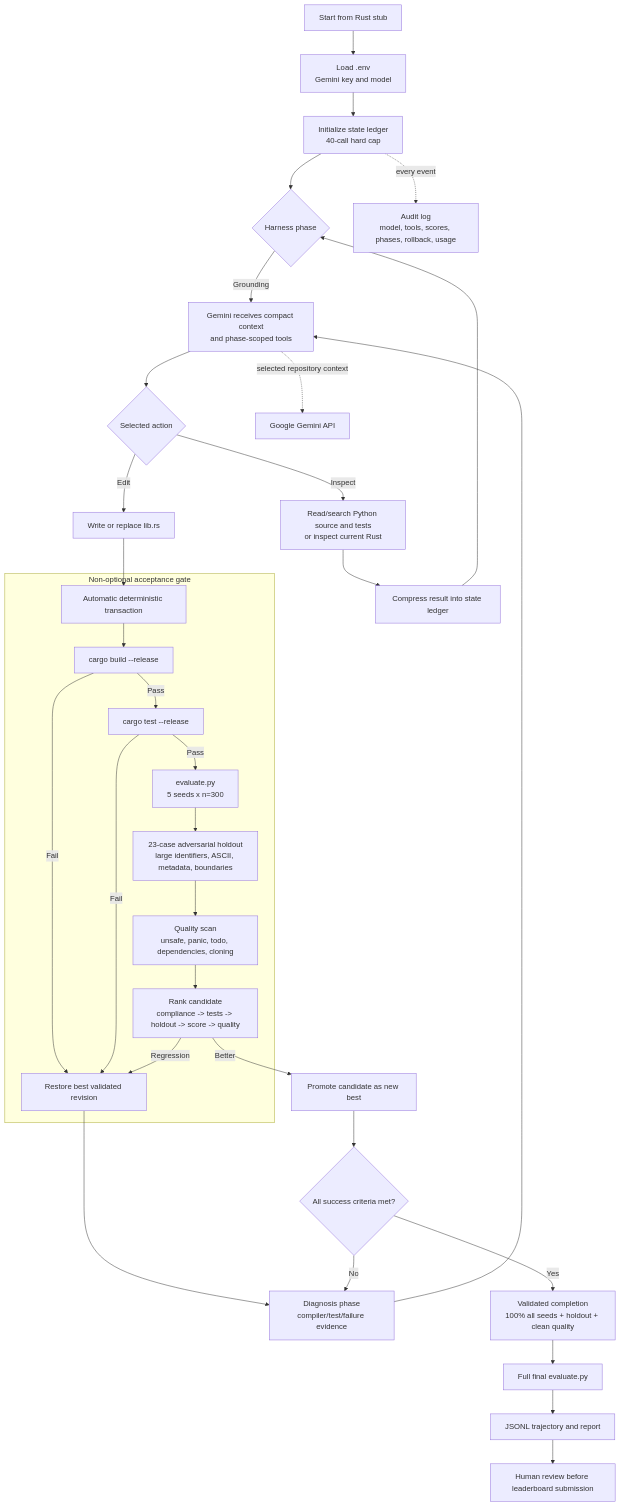
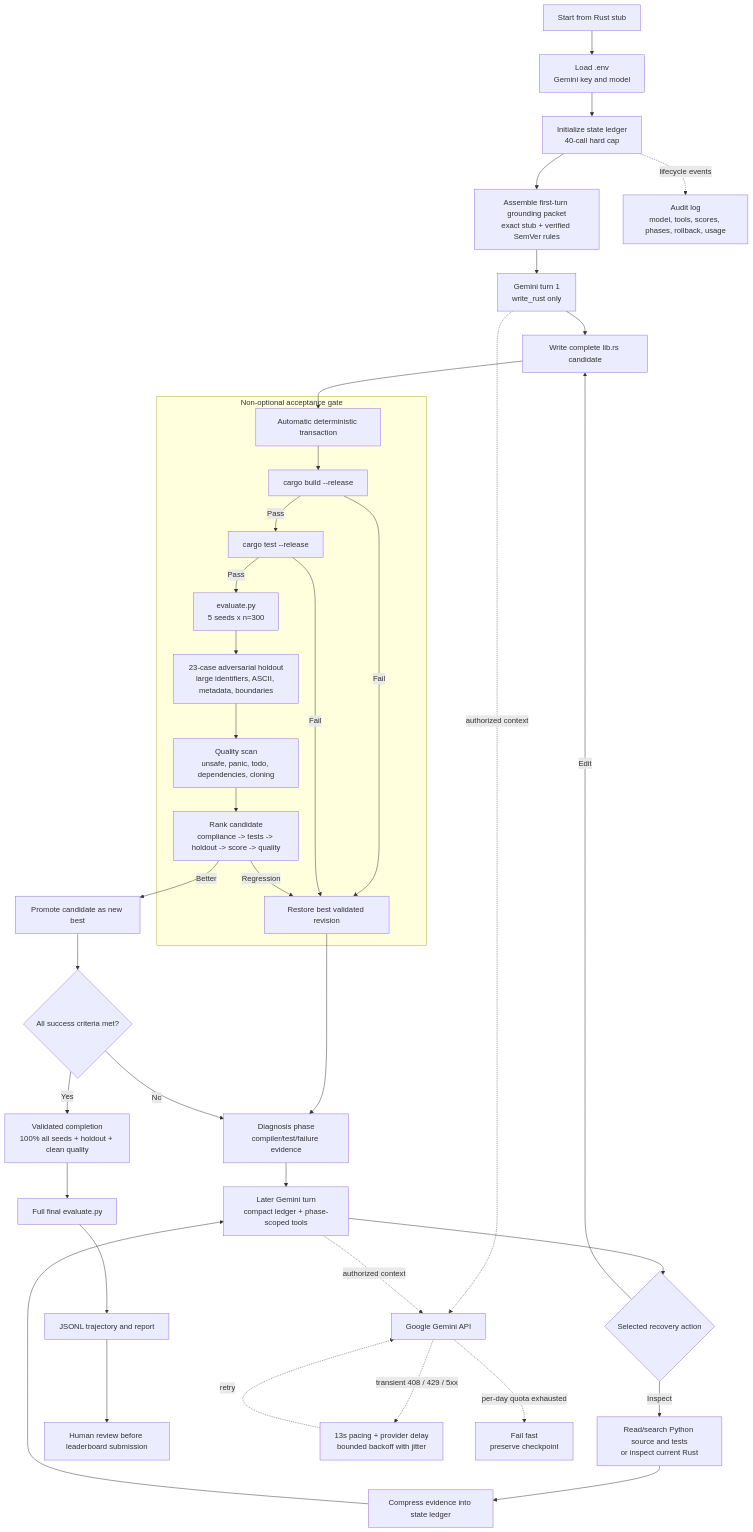
One commit to JamesTu-jtjt/agents-activity-6158 changed the diagram in ARCHITECTURE.md. Above: the diagram before and after it, drawn with Mermaid. The commit also changed other lines of this file and 2 other files, not shown here.

Commit message:
Document experiment comparison and pipeline

````diff
--- a/ARCHITECTURE.md
+++ b/ARCHITECTURE.md
@@ -16,44 +18,47 @@
 ```mermaid
 flowchart TD
     A["Start from Rust stub"] --> B["Load .env<br/>Gemini key and model"]
     B --> C["Initialize state ledger<br/>40-call hard cap"]
 
-    C --> D{"Harness phase"}
-
-    D -- Grounding --> E["Gemini receives compact context<br/>and phase-scoped tools"]
-    E --> F{"Selected action"}
-
-    F -- Inspect --> G["Read/search Python source and tests<br/>or inspect current Rust"]
-    G --> H["Compress result into state ledger"]
-    H --> D
-
-    F -- Edit --> I["Write or replace lib.rs"]
+    C --> D["Assemble first-turn grounding packet<br/>exact stub + verified SemVer rules"]
+    D --> E["Gemini turn 1<br/>write_rust only"]
+    E --> I["Write complete lib.rs candidate"]
     I --> J["Automatic deterministic transaction"]
 
     subgraph Gate["Non-optional acceptance gate"]
         J --> K["cargo build --release"]
         K -- Fail --> R["Restore best validated revision"]
         K -- Pass --> L["cargo test --release"]
         L -- Fail --> R
         L -- Pass --> M["evaluate.py<br/>5 seeds x n=300"]
         M --> N["23-case adversarial holdout<br/>large identifiers, ASCII, metadata, boundaries"]
         N --> O["Quality scan<br/>unsafe, panic, todo, dependencies, cloning"]
         O --> P["Rank candidate<br/>compliance -> tests -> holdout -> score -> quality"]
     end
 
     P -- Better --> Q["Promote candidate as new best"]
     P -- Regression --> R
     Q --> S{"All success criteria met?"}
     R --> T["Diagnosis phase<br/>compiler/test/failure evidence"]
-    T --> E
 
     S -- No --> T
     S -- Yes --> U["Validated completion<br/>100% all seeds + holdout + clean quality"]
+
+    T --> AA["Later Gemini turn<br/>compact ledger + phase-scoped tools"]
+    AA --> F{"Selected recovery action"}
+    F -- Inspect --> G["Read/search Python source and tests<br/>or inspect current Rust"]
+    G --> H["Compress evidence into state ledger"]
+    H --> AA
+    F -- Edit --> I
 
     U --> V["Full final evaluate.py"]
     V --> W["JSONL trajectory and report"]
     W --> X["Human review before leaderboard submission"]
 
-    C -. every event .-> Y["Audit log<br/>model, tools, scores, phases, rollback, usage"]
-    E -. selected repository context .-> Z["Google Gemini API"]
+    C -. lifecycle events .-> Y["Audit log<br/>model, tools, scores, phases, rollback, usage"]
+    E -. authorized context .-> Z["Google Gemini API"]
+    AA -. authorized context .-> Z
+    Z -. transient 408 / 429 / 5xx .-> AB["13s pacing + provider delay<br/>bounded backoff with jitter"]
+    AB -. retry .-> Z
+    Z -. per-day quota exhausted .-> AC["Fail fast<br/>preserve checkpoint"]
 ```
````
